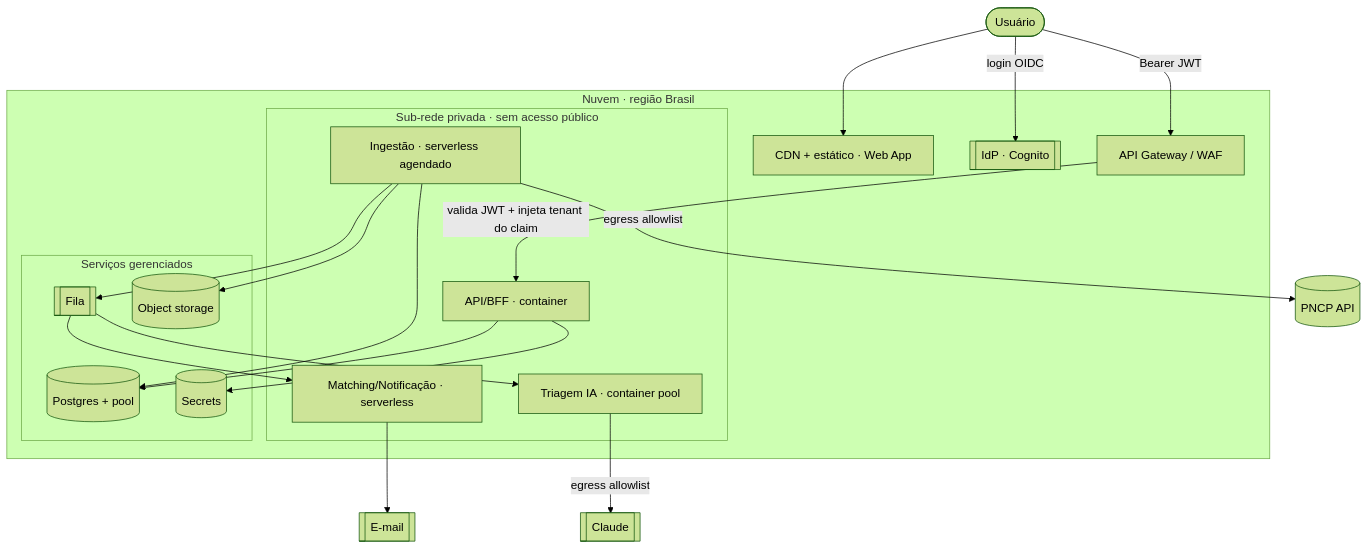
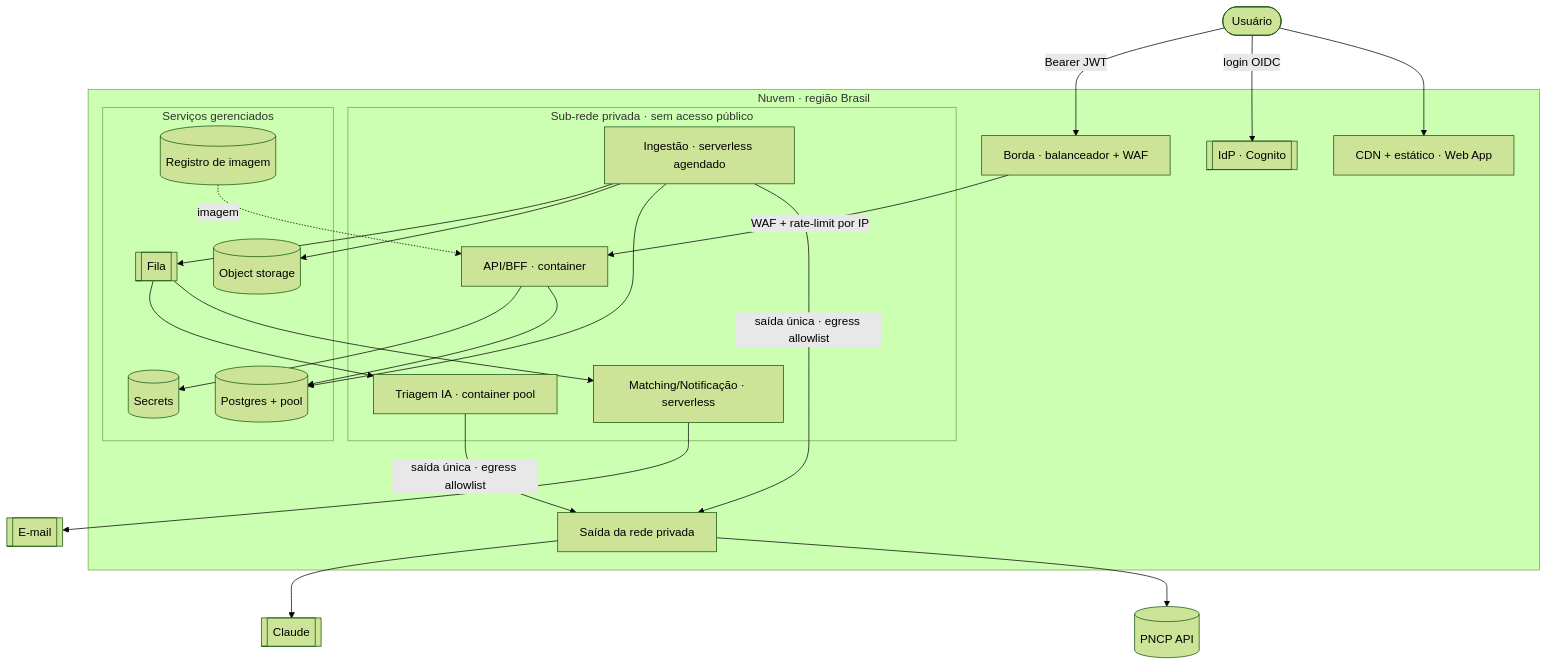
The diagram in arquitetura/08-infraestrutura-e-implantacao.md (nashjunior/radar), drawn with Mermaid (forest theme) before and after one commit. The commit also changed other lines of this file and 38 other files, not shown here.

First line of the commit message:
feat(infra): wirea o compute nos stacks — egress da privada + ECR/imagem + borda ALB+WAF (RAD-199)

````diff
--- a/arquitetura/08-infraestrutura-e-implantacao.md
+++ b/arquitetura/08-infraestrutura-e-implantacao.md
@@ -77,38 +77,43 @@
 ```mermaid
 flowchart TB
     U([Usuário])
     PNCP[(PNCP API)]
     LLM[[Claude]]
     MAIL[[E-mail]]
     subgraph Nuvem[Nuvem · região Brasil]
       CDN[CDN + estático · Web App]
-      GW[API Gateway / WAF]
+      GW[Borda · balanceador + WAF]
       IDP[[IdP · Cognito]]
       subgraph Privada[Sub-rede privada · sem acesso público]
         API[API/BFF · container]
         ING[Ingestão · serverless agendado]
         WRK[Matching/Notificação · serverless]
         TRI[Triagem IA · container pool]
       end
+      NAT[Saída da rede privada]
       subgraph Gerenciado[Serviços gerenciados]
+        REG[(Registro de imagem)]
         DB[(Postgres + pool)]
         Q[[Fila]]
         OBJ[(Object storage)]
         SEC[(Secrets)]
       end
     end
     U --> CDN
     U -->|login OIDC| IDP
     U -->|Bearer JWT| GW
-    GW -->|valida JWT + injeta tenant do claim| API
-    ING -->|egress allowlist| PNCP
+    GW -->|WAF + rate-limit por IP| API
+    REG -.->|imagem| API
+    ING -->|saída única · egress allowlist| NAT
+    NAT --> PNCP
     ING --> DB
     ING --> OBJ
     ING --> Q
     Q --> WRK
     Q --> TRI
     API --> DB
     API --> SEC
-    TRI -->|egress allowlist| LLM
+    TRI -->|saída única · egress allowlist| NAT
+    NAT --> LLM
     WRK --> MAIL
 ```
````
